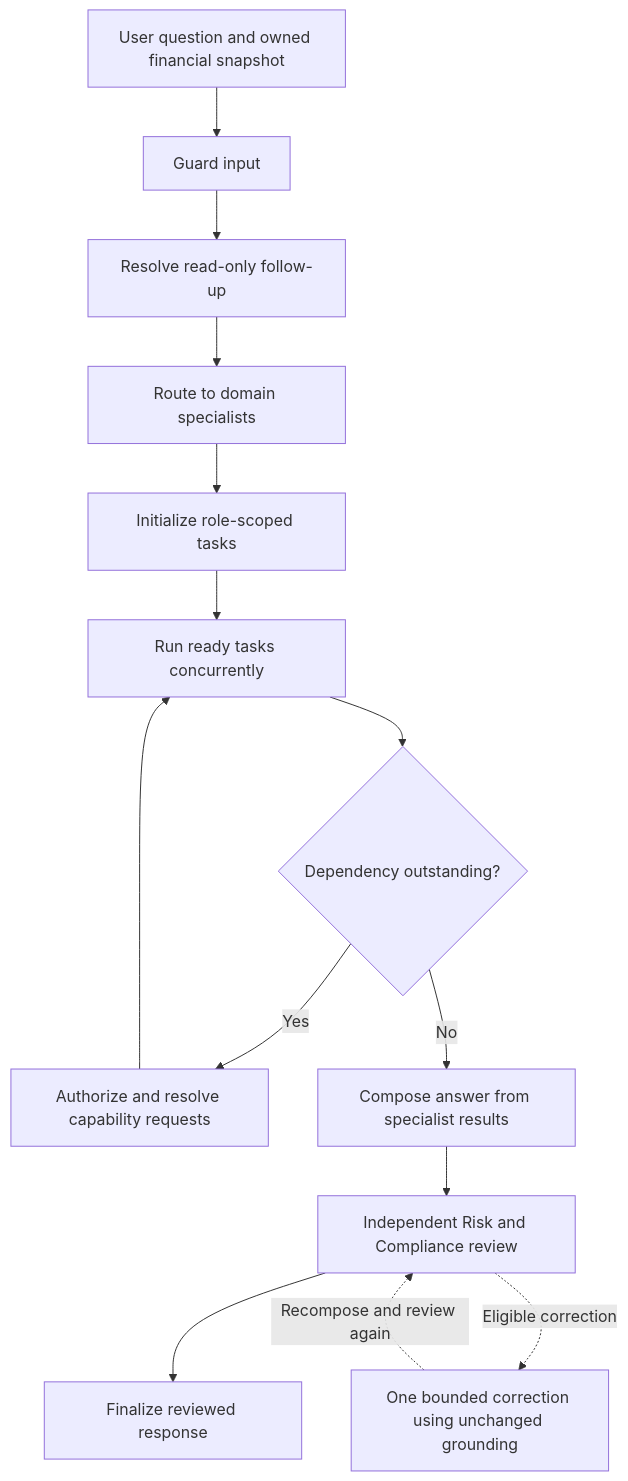
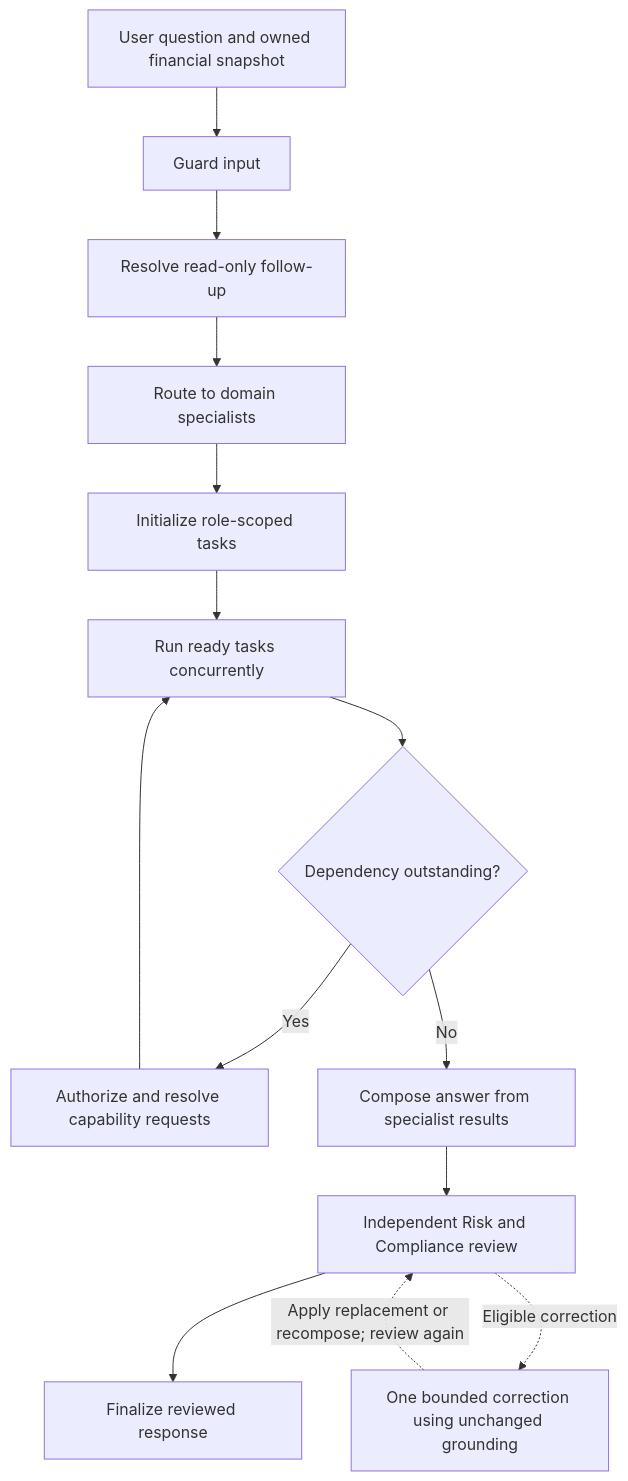
The first of 2 diagrams in docs/orchestration-current-implementation-2026-10-07.md (Seanleng99/nus-iss-ais-team9), drawn with Mermaid before and after one commit. The commit also changed other lines of this file and 44 other files, not shown here.

````diff
--- a/docs/orchestration-current-implementation-2026-10-07.md
+++ b/docs/orchestration-current-implementation-2026-10-07.md
@@ -24,16 +24,16 @@
 ```mermaid
 flowchart TD
     U[User question and owned financial snapshot] --> Guard[Guard input]
     Guard --> Follow[Resolve read-only follow-up]
     Follow --> Route[Route to domain specialists]
     Route --> Init[Initialize role-scoped tasks]
     Init --> Ready[Run ready tasks concurrently]
     Ready --> Outcome{Dependency outstanding?}
     Outcome -->|Yes| Resolve[Authorize and resolve capability requests]
     Resolve --> Ready
     Outcome -->|No| Synth[Compose answer from specialist results]
     Synth --> Review[Independent Risk and Compliance review]
     Review --> Final[Finalize reviewed response]
     Review -. Eligible correction .-> Repair[One bounded correction using unchanged grounding]
-    Repair -. Recompose and review again .-> Review
+    Repair -. Apply replacement or recompose; review again .-> Review
 ```
````
